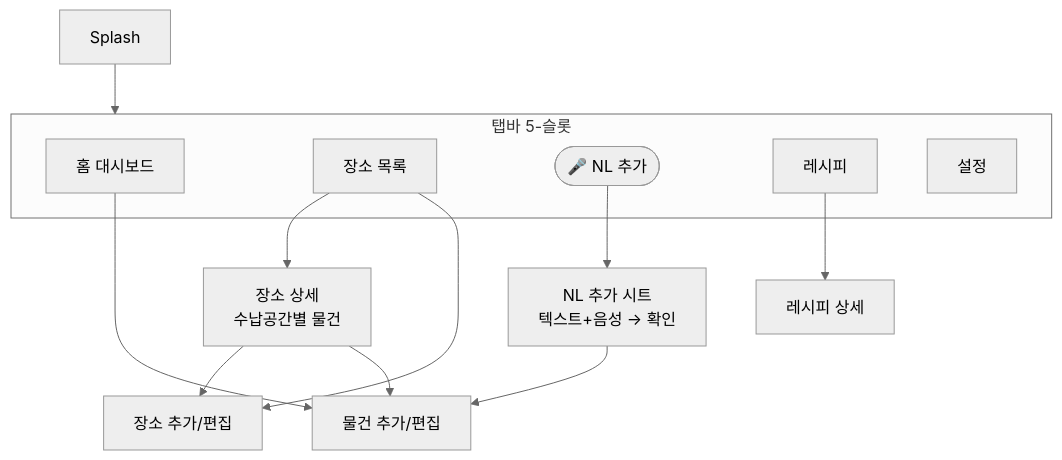
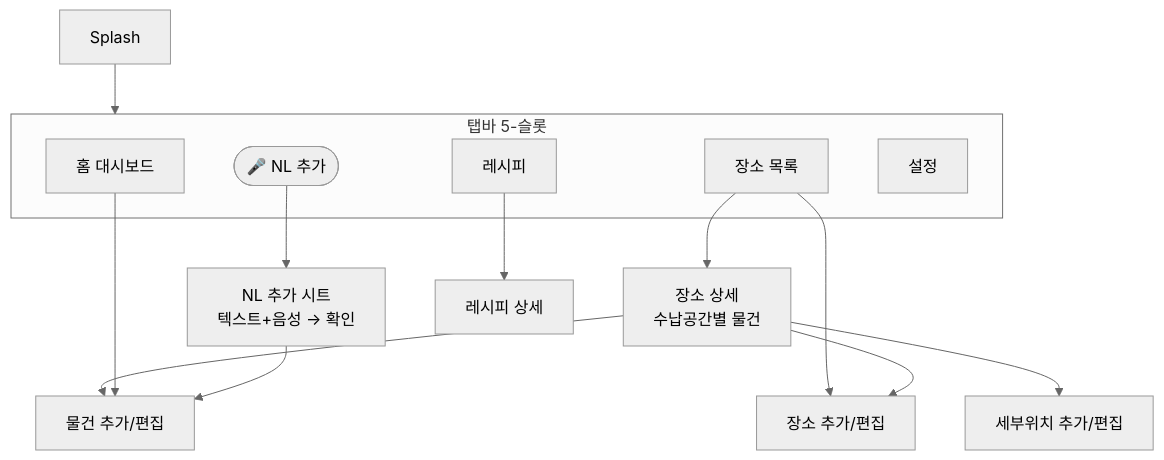
One commit to lks574/HomePinApp_iOS changed the diagram in docs/screen-map.md. Above: the diagram before and after it, drawn with Mermaid (neutral theme). The commit also changed other lines of this file and 8 other files, not shown here.

````diff
--- a/docs/screen-map.md
+++ b/docs/screen-map.md
@@ -15,19 +15,20 @@
 ```mermaid
 flowchart TD
     Splash --> Tab
     subgraph Tab[탭바 5-슬롯]
       Home[홈 대시보드]
       Places[장소 목록]
       Mic([🎤 NL 추가])
       Recipes[레시피]
       Settings[설정]
     end
     Places --> PlaceDetail[장소 상세<br/>수납공간별 물건]
     Places --> PlaceEditor[장소 추가/편집]
     PlaceDetail --> PlaceEditor
+    PlaceDetail --> SpotEditor[세부위치 추가/편집]
     PlaceDetail --> ItemEditor[물건 추가/편집]
     Home --> ItemEditor
     Capture --> ItemEditor
     Mic --> Capture[NL 추가 시트<br/>텍스트+음성 → 확인]
     Recipes --> RecipeDetail[레시피 상세]
 ```
````
